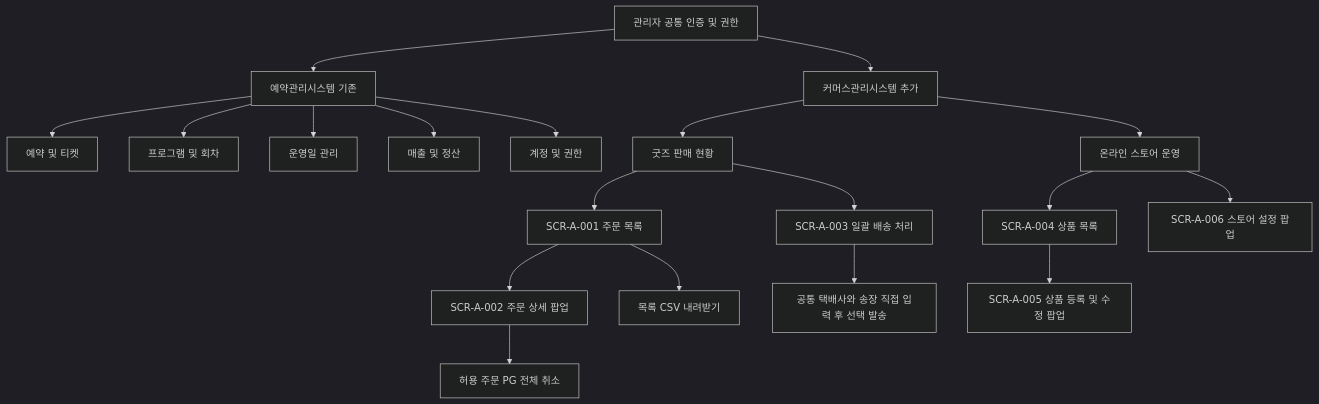
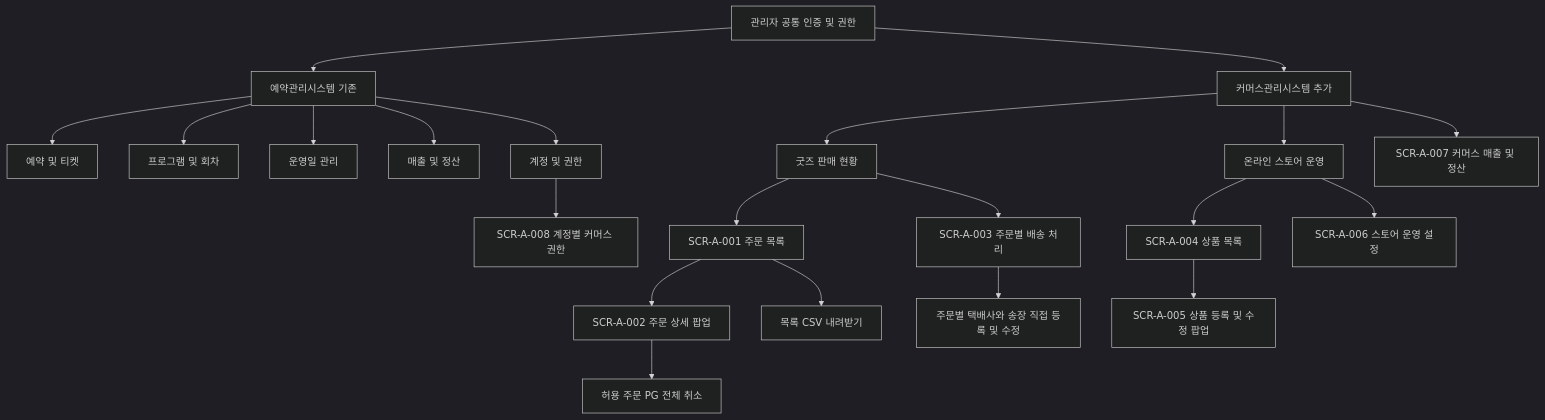
The second of 2 diagrams in 최종_전달자료_2026-09-29/01_서비스기획/01_IA구조도.md (olabeann/letsrunpark_shop), drawn with Mermaid (dark theme) before and after one commit. The commit also changed other lines of this file and 38 other files, not shown here.

````diff
--- a/최종_전달자료_2026-09-29/01_서비스기획/01_IA구조도.md
+++ b/최종_전달자료_2026-09-29/01_서비스기획/01_IA구조도.md
@@ -108,21 +110,23 @@
 ```mermaid
 flowchart TD
   Root[관리자 공통 인증 및 권한] --> Res[예약관리시스템 기존]
   Root --> Commerce[커머스관리시스템 추가]
   Res --> R1[예약 및 티켓]
   Res --> R2[프로그램 및 회차]
   Res --> R3[운영일 관리]
   Res --> R4[매출 및 정산]
   Res --> R5[계정 및 권한]
   Commerce --> Sales[굿즈 판매 현황]
   Commerce --> Ops[온라인 스토어 운영]
   Sales --> SCR-A-001[SCR-A-001 주문 목록]
-  Sales --> SCR-A-003[SCR-A-003 일괄 배송 처리]
+  Sales --> SCR-A-003[SCR-A-003 주문별 배송 처리]
   SCR-A-001 --> SCR-A-002[SCR-A-002 주문 상세 팝업]
   SCR-A-001 --> Download[목록 CSV 내려받기]
-  SCR-A-003 --> Ship[공통 택배사와 송장 직접 입력 후 선택 발송]
+  SCR-A-003 --> Ship[주문별 택배사와 송장 직접 등록 및 수정]
   SCR-A-002 --> Cancel[허용 주문 PG 전체 취소]
   Ops --> SCR-A-004[SCR-A-004 상품 목록]
   SCR-A-004 --> SCR-A-005[SCR-A-005 상품 등록 및 수정 팝업]
-  Ops --> SCR-A-006[SCR-A-006 스토어 설정 팝업]
+  Ops --> SCR-A-006[SCR-A-006 스토어 운영 설정]
+  Commerce --> SCR-A-007[SCR-A-007 커머스 매출 및 정산]
+  R5 --> SCR-A-008[SCR-A-008 계정별 커머스 권한]
 ```
````
